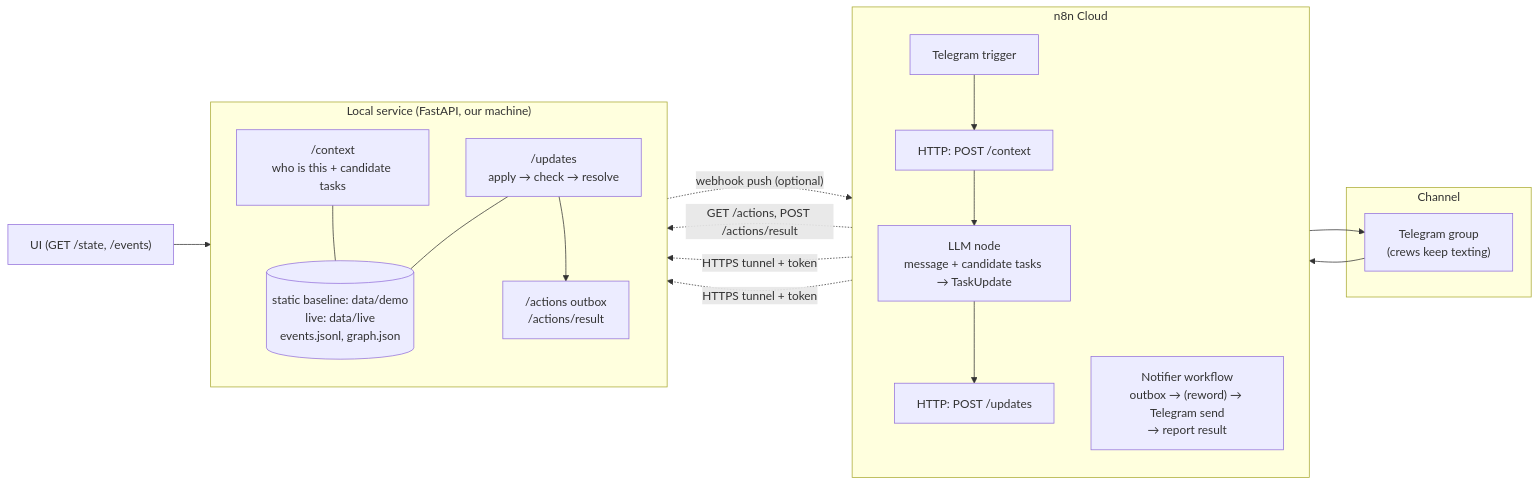
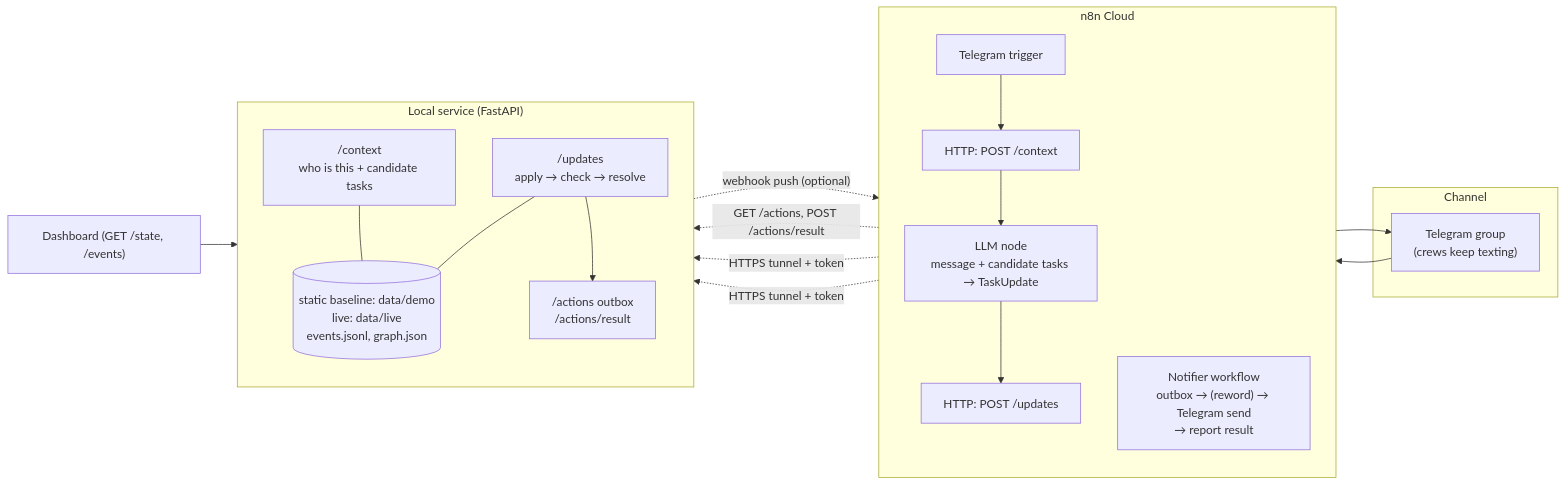
Before and after one commit to NavRjn/HackTeamVienna: the first of 3 diagrams in README.md, drawn with Mermaid. The commit also changed other lines of this file and 10 other files, not shown here.

````diff
--- a/README.md
+++ b/README.md
@@ -25,30 +59,30 @@
 ```mermaid
 flowchart LR
     subgraph CH["Channel"]
         TG["Telegram group<br/>(crews keep texting)"]
     end
     subgraph N8N["n8n Cloud"]
         direction TB
         T["Telegram trigger"] --> CTX["HTTP: POST /context"]
         CTX --> LLM["LLM node<br/>message + candidate tasks → TaskUpdate"]
         LLM --> UPD["HTTP: POST /updates"]
         NOTE["Notifier workflow<br/>outbox → (reword) → Telegram send<br/>→ report result"]
     end
-    subgraph LOCAL["Local service (FastAPI, our machine)"]
+    subgraph LOCAL["Local service (FastAPI)"]
         direction TB
         CTXH["/context<br/>who is this + candidate tasks"]
         UPDH["/updates<br/>apply → check → resolve"]
         OUTBOX["/actions outbox<br/>/actions/result"]
         STATE[("static baseline: data/demo<br/>live: data/live<br/>events.jsonl, graph.json")]
         CTXH --- STATE
         UPDH --- STATE
         UPDH --> OUTBOX
     end
     TG --> T
     NOTE --> TG
     UPDH -. "webhook push (optional)" .-> NOTE
     NOTE -. "GET /actions, POST /actions/result" .-> OUTBOX
     CTX -. "HTTPS tunnel + token" .-> CTXH
     UPD -. "HTTPS tunnel + token" .-> UPDH
-    UI["UI (GET /state, /events)"] --> STATE
+    UI["Dashboard (GET /state, /events)"] --> STATE
 ```
````
